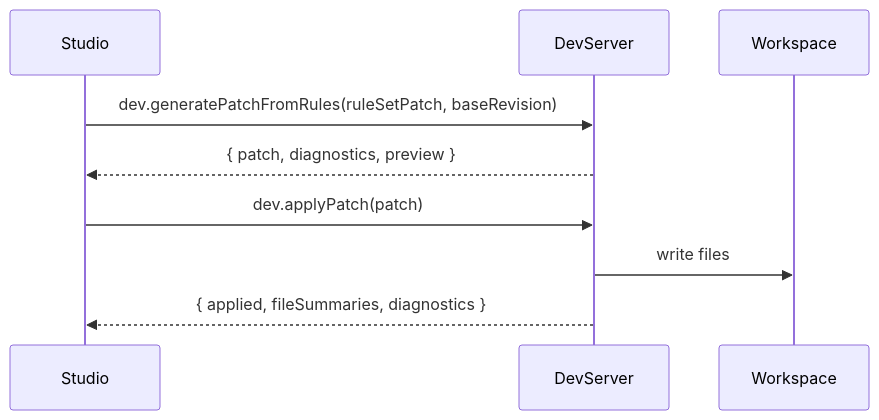
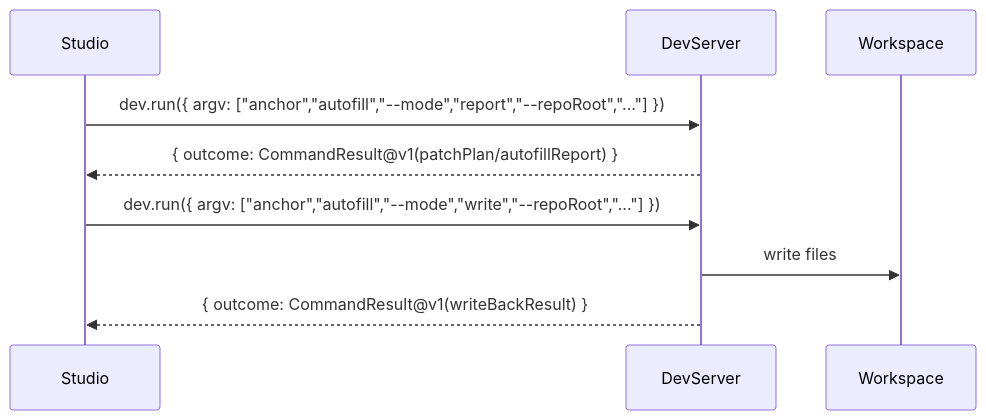
The third of 4 diagrams in docs/specs/drafts/topics/platform-workbench-prd/30-system-architecture.md (yoyooyooo/logix), drawn with Mermaid before and after one commit. The commit also changed other lines of this file and 500 other files, not shown here.

````diff
--- a/docs/specs/drafts/topics/platform-workbench-prd/30-system-architecture.md
+++ b/docs/specs/drafts/topics/platform-workbench-prd/30-system-architecture.md
@@ -149,12 +149,12 @@
 ```mermaid
 sequenceDiagram
   participant Studio as Studio
   participant Dev as DevServer
   participant Repo as Workspace
 
-  Studio->>Dev: dev.generatePatchFromRules(ruleSetPatch, baseRevision)
-  Dev-->>Studio: { patch, diagnostics, preview }
-  Studio->>Dev: dev.applyPatch(patch)
+  Studio->>Dev: dev.run({ argv: ["anchor","autofill","--mode","report","--repoRoot","..."] })
+  Dev-->>Studio: { outcome: CommandResult@v1(patchPlan/autofillReport) }
+  Studio->>Dev: dev.run({ argv: ["anchor","autofill","--mode","write","--repoRoot","..."] })
   Dev->>Repo: write files
-  Dev-->>Studio: { applied, fileSummaries, diagnostics }
+  Dev-->>Studio: { outcome: CommandResult@v1(writeBackResult) }
 ```
````
